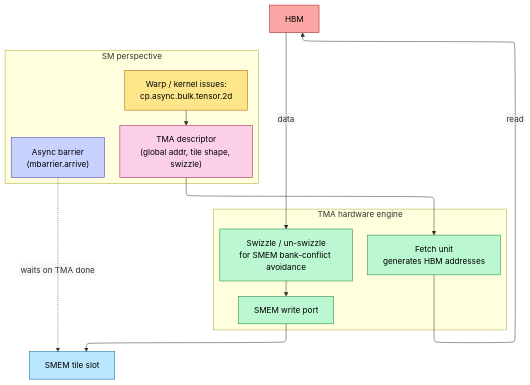
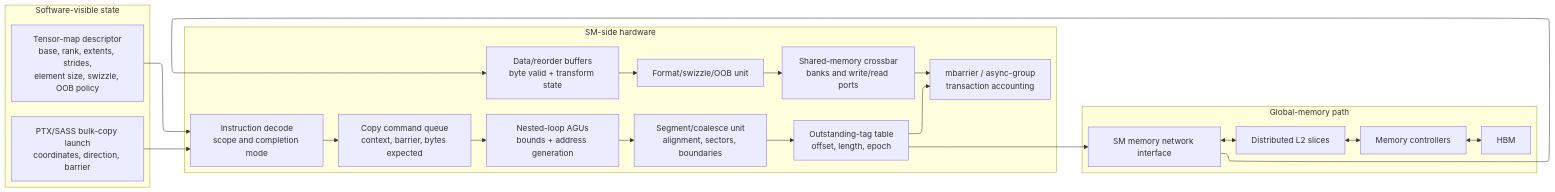
Before and after one commit to Wty2003328/ai_infra_intro: the fifth of 14 diagrams in L2_Digital_Design_for_AI/04_Digital_Design_For_AI.md, drawn with Mermaid. The commit also changed other lines of this file and 3 other files, not shown here.

````diff
--- a/L2_Digital_Design_for_AI/04_Digital_Design_For_AI.md
+++ b/L2_Digital_Design_for_AI/04_Digital_Design_For_AI.md
@@ -197,28 +285,31 @@
 ```mermaid
-%%{init: {"flowchart": {"defaultRenderer": "elk", "nodeSpacing": 60, "rankSpacing": 60, "htmlLabels": false}}}%%
-flowchart TB
-    subgraph SM[SM perspective]
-        direction TB
-        WARP[Warp / kernel issues:<br/>cp.async.bulk.tensor.2d]:::warp
-        CMD["TMA descriptor<br/>(global addr, tile shape, swizzle)"]:::cmd
-        BAR["Async barrier<br/>(mbarrier.arrive)"]:::bar
+%%{init: {"flowchart": {"defaultRenderer": "elk", "nodeSpacing": 45, "rankSpacing": 45, "htmlLabels": false}}}%%
+flowchart LR
+    subgraph SW["Software-visible state"]
+        TD["Tensor-map descriptor<br/>base, rank, extents, strides,<br/>element size, swizzle, OOB policy"]
+        INS["PTX/SASS bulk-copy launch<br/>coordinates, direction, barrier"]
     end
-    subgraph TMA[TMA hardware engine]
-        direction TB
-        FETCH[Fetch unit<br/>generates HBM addresses]:::tma
-        SWZ[Swizzle / un-swizzle<br/>for SMEM bank-conflict avoidance]:::tma
-        WR[SMEM write port]:::tma
+    subgraph SM["SM-side hardware"]
+        DEC["Instruction decode<br/>scope and completion mode"]
+        CQ["Copy command queue<br/>context, barrier, bytes expected"]
+        AGU["Nested-loop AGUs<br/>bounds + address generation"]
+        SPL["Segment/coalesce unit<br/>alignment, sectors, boundaries"]
+        OT["Outstanding-tag table<br/>offset, length, epoch"]
+        DB["Data/reorder buffers<br/>byte valid + transform state"]
+        SWZ["Format/swizzle/OOB unit"]
+        SP["Shared-memory crossbar<br/>banks and write/read ports"]
+        MB["mbarrier / async-group<br/>transaction accounting"]
     end
-    HBM[HBM]:::off
-    SMEM[SMEM tile slot]:::mem
-    WARP --> CMD --> FETCH
-    FETCH -- read --> HBM
-    HBM -- data --> SWZ --> WR --> SMEM
-    BAR -. waits on TMA done .-> SMEM
-    classDef warp fill:#fde68a,stroke:#b45309,color:#000
-    classDef cmd fill:#fbcfe8,stroke:#9d174d,color:#000
-    classDef bar fill:#c7d2fe,stroke:#4338ca,color:#000
-    classDef tma fill:#bbf7d0,stroke:#15803d,color:#000
-    classDef off fill:#fca5a5,stroke:#991b1b,color:#000
-    classDef mem fill:#bae6fd,stroke:#0369a1,color:#000
+    subgraph MEM["Global-memory path"]
+        NI["SM memory network interface"]
+        L2["Distributed L2 slices"]
+        MC["Memory controllers"]
+        HBM["HBM"]
+    end
+    TD --> DEC
+    INS --> DEC --> CQ --> AGU --> SPL --> OT --> NI
+    NI <--> L2 <--> MC <--> HBM
+    NI --> DB --> SWZ --> SP
+    OT --> MB
+    SP --> MB
 ```
````
